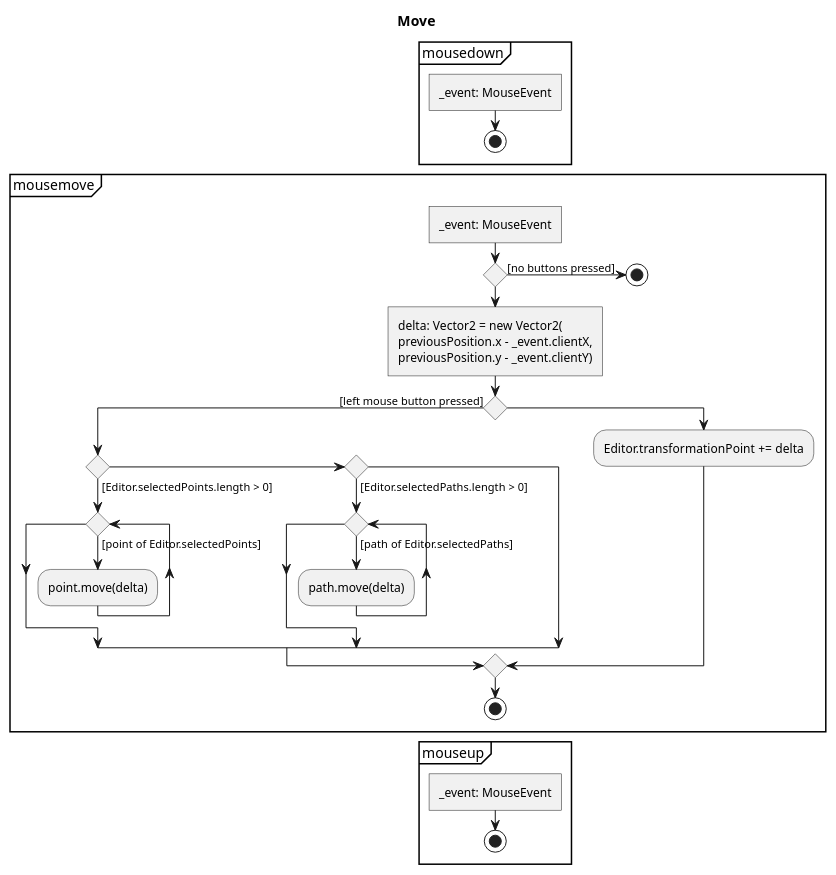
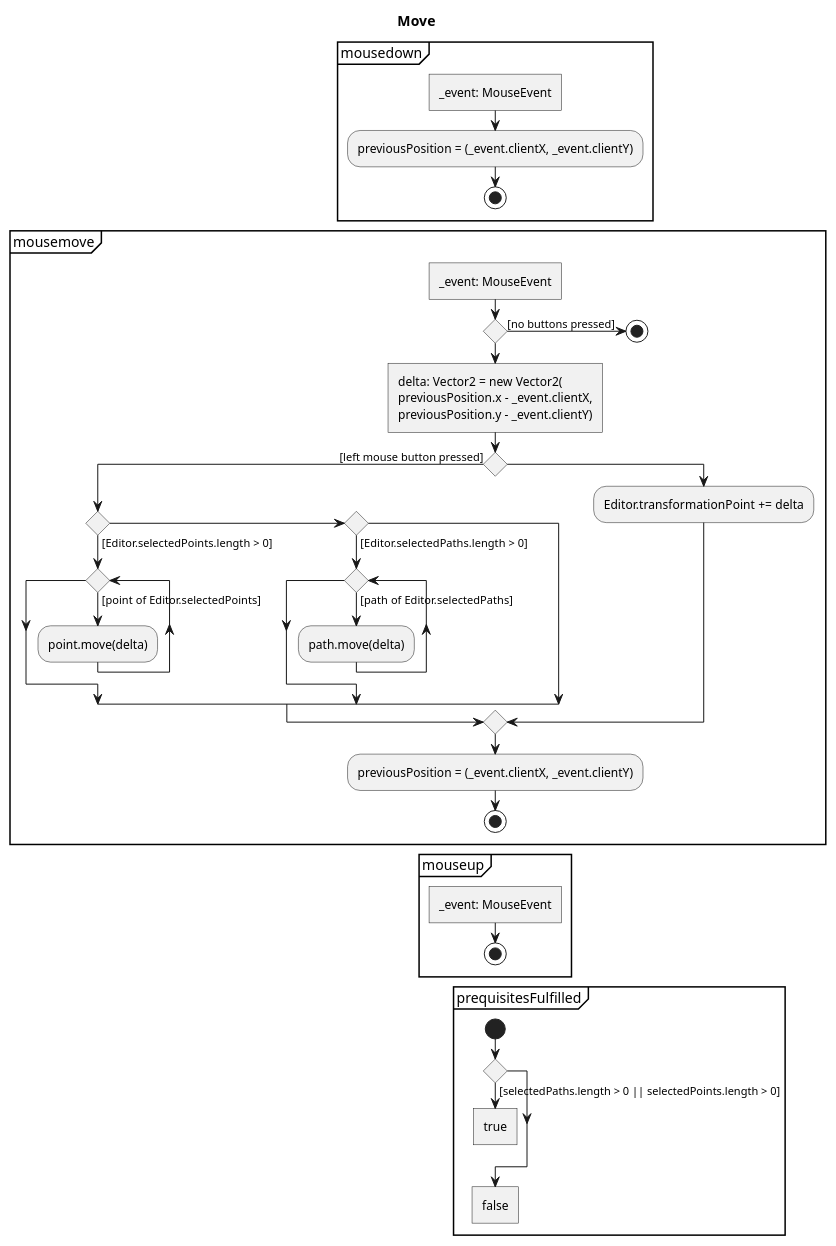
One commit to JirkaDellOro/FUDGE changed the diagram in Experiments/Lukas/VectorEditor/concept/Activities/Actions/Move.puml. Above: the diagram before and after it, drawn with PlantUML. The commit also changed 9 other files, not shown here.

```diff
--- a/Experiments/Lukas/VectorEditor/concept/Activities/Actions/Move.puml
+++ b/Experiments/Lukas/VectorEditor/concept/Activities/Actions/Move.puml
@@ -1,40 +1,53 @@
 @startuml Move
 skinparam monochrome true
 
 title Move
 
 partition mousedown {
 	:_event: MouseEvent]
+	:previousPosition = (_event.clientX, _event.clientY);
 	stop
 }
 
 partition mousemove {
 	:_event: MouseEvent]
 	if() then ([no buttons pressed])
 	stop
 	endif
 	:delta: Vector2 = new Vector2(
 	previousPosition.x - _event.clientX,
 	previousPosition.y - _event.clientY)]
 	if() then ([left mouse button pressed])
 		if() then ([Editor.selectedPoints.length > 0])
 			while() is ([point of Editor.selectedPoints])
 				:point.move(delta);
 			endwhile
 		elseif () then ([Editor.selectedPaths.length > 0])
 			while() is ([path of Editor.selectedPaths])
 				:path.move(delta);
 			endwhile
 		endif
 	else
 		:Editor.transformationPoint += delta;
 	endif
+	:previousPosition = (_event.clientX, _event.clientY);
 	stop
 }
 
 partition mouseup {
 	:_event: MouseEvent]
 	stop
 }
 
+
+partition prequisitesFulfilled {
+	start
+	if() then([selectedPaths.length > 0 || selectedPoints.length > 0])
+		:true]
+		detach
+	endif
+	:false]
+	detach
+}
+
 @enduml
```
